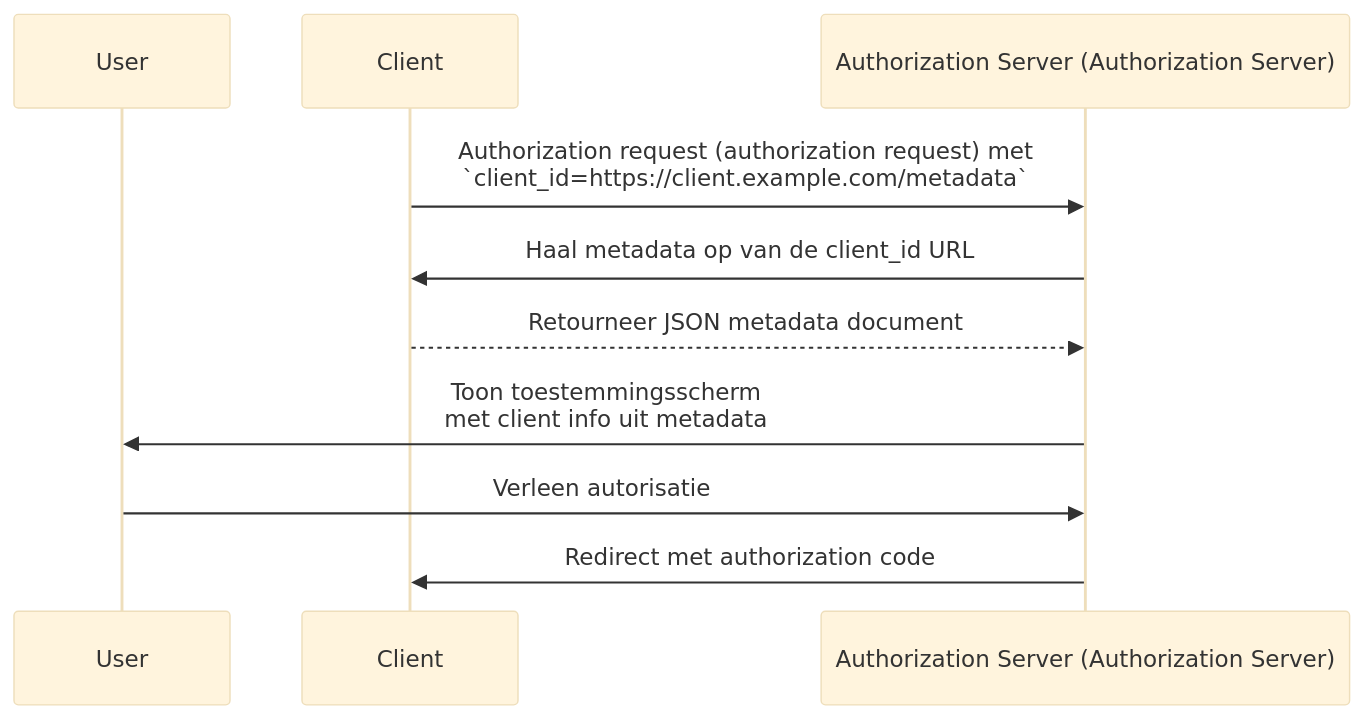
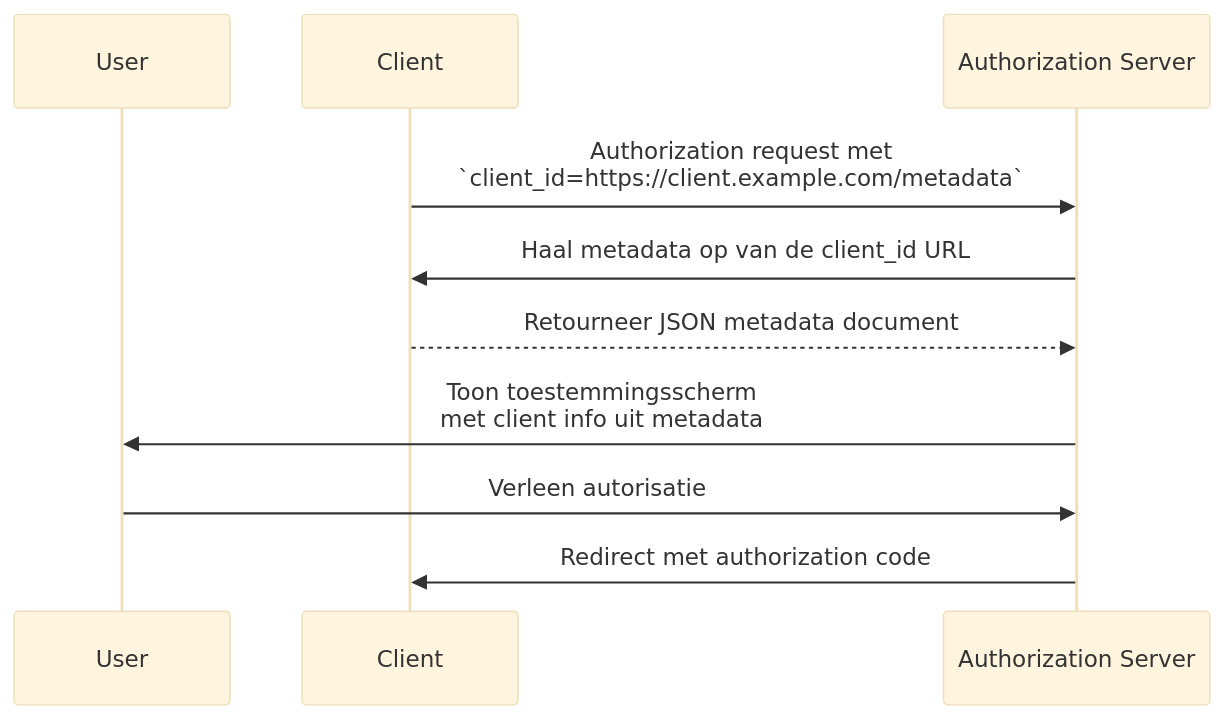
Before and after one commit to logto-io/auth-wiki: the diagram in src/content/terms/nl/client-id-metadata-document.mdx, drawn with Mermaid (base theme). The commit also changed 5 other files, not shown here.

Commit message:
chore: fix mermaid participant references and redundant labels in translations

````diff
--- a/src/content/terms/nl/client-id-metadata-document.mdx
+++ b/src/content/terms/nl/client-id-metadata-document.mdx
@@ -19,13 +19,13 @@
 ```mermaid
 sequenceDiagram
     participant User
     participant Client
-    participant AS as Authorization Server (Authorization Server)
+    participant AS as Authorization Server
 
-    Client->>AS: Authorization request (authorization request) met<br/>`client_id=https://client.example.com/metadata`
+    Client->>AS: Authorization request met<br/>`client_id=https://client.example.com/metadata`
     AS->>Client: Haal metadata op van de client_id URL
     Client-->>AS: Retourneer JSON metadata document
     AS->>User: Toon toestemmingsscherm<br/>met client info uit metadata
     User->>AS: Verleen autorisatie
     AS->>Client: Redirect met authorization code
 ```
````
